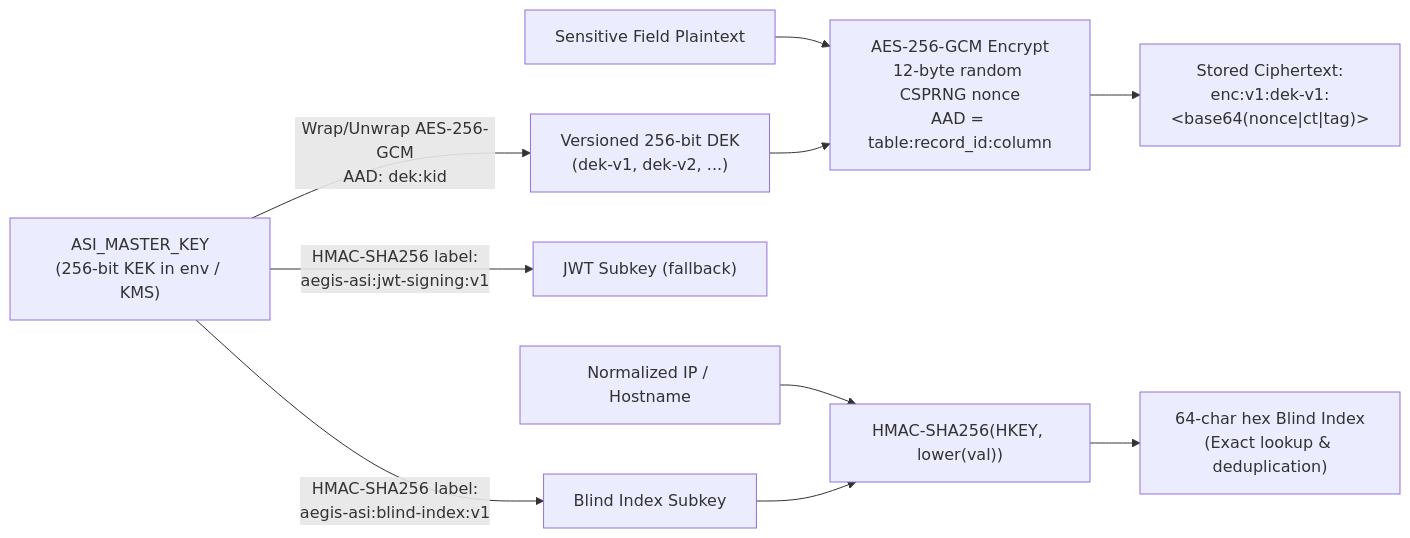
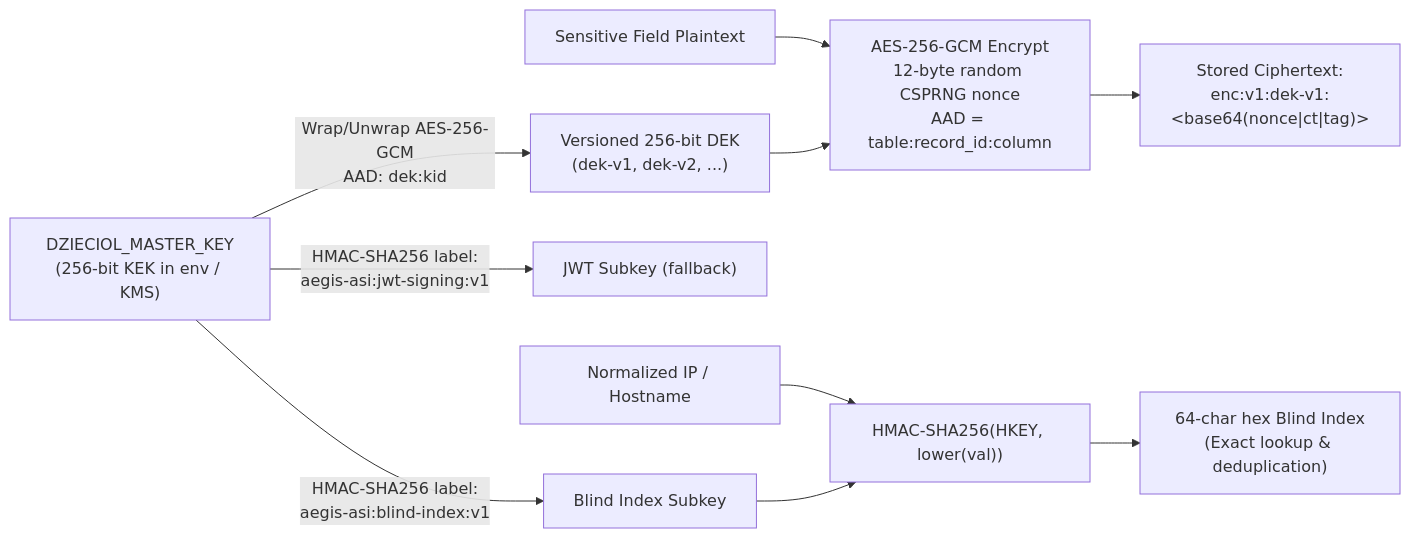
The third of 4 diagrams in docs/ARCHITECTURE.md (Rei-x/agh-attack-surface-intelligence), drawn with Mermaid before and after one commit. The commit also changed other lines of this file and 102 other files, not shown here.

Commit message:
Full rename to Dzięcioł: DZIECIOL_* env vars, dzieciol-store.enc, compose/lab/scripts/docs; woodpecker UI (mark, favicon, palette, pecking loader, live scan ripple, empty states, login cover)

````diff
--- a/docs/ARCHITECTURE.md
+++ b/docs/ARCHITECTURE.md
@@ -103,14 +103,14 @@
 ```mermaid
 flowchart LR
-    KEK["ASI_MASTER_KEY<br/>(256-bit KEK in env / KMS)"] -->|Wrap/Unwrap AES-256-GCM<br/>AAD: dek:kid| DEK["Versioned 256-bit DEK<br/>(dek-v1, dek-v2, ...)"]
+    KEK["DZIECIOL_MASTER_KEY<br/>(256-bit KEK in env / KMS)"] -->|Wrap/Unwrap AES-256-GCM<br/>AAD: dek:kid| DEK["Versioned 256-bit DEK<br/>(dek-v1, dek-v2, ...)"]
     KEK -->|HMAC-SHA256 label:<br/>aegis-asi:blind-index:v1| HKEY["Blind Index Subkey"]
     KEK -->|HMAC-SHA256 label:<br/>aegis-asi:jwt-signing:v1| JKEY["JWT Subkey (fallback)"]
 
     PT["Sensitive Field Plaintext"] --> AEAD["AES-256-GCM Encrypt<br/>12-byte random CSPRNG nonce<br/>AAD = table:record_id:column"]
     DEK --> AEAD
     AEAD --> CT["Stored Ciphertext:<br/>enc:v1:dek-v1:&lt;base64(nonce|ct|tag)&gt;"]
 
     IP["Normalized IP / Hostname"] --> BI["HMAC-SHA256(HKEY, lower(val))"]
     HKEY --> BI
     BI --> IDX["64-char hex Blind Index<br/>(Exact lookup & deduplication)"]
 ```
````
